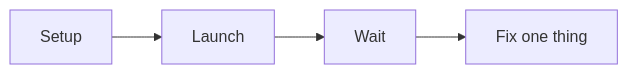
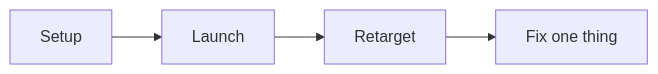
Before and after one commit to redrhino-online/red-canon: the third of 5 diagrams in docs/method/engage-opportunity.md, drawn with Mermaid. The commit also changed other lines of this file and 8 other files, not shown here.

````diff
--- a/docs/method/engage-opportunity.md
+++ b/docs/method/engage-opportunity.md
@@ -41,4 +42,4 @@
 ```mermaid
 flowchart LR
-    A[Setup] --> B[Launch] --> C[Wait] --> D[Fix one thing]
+    A[Setup] --> B[Launch] --> C[Retarget] --> D[Fix one thing]
 ```
````
